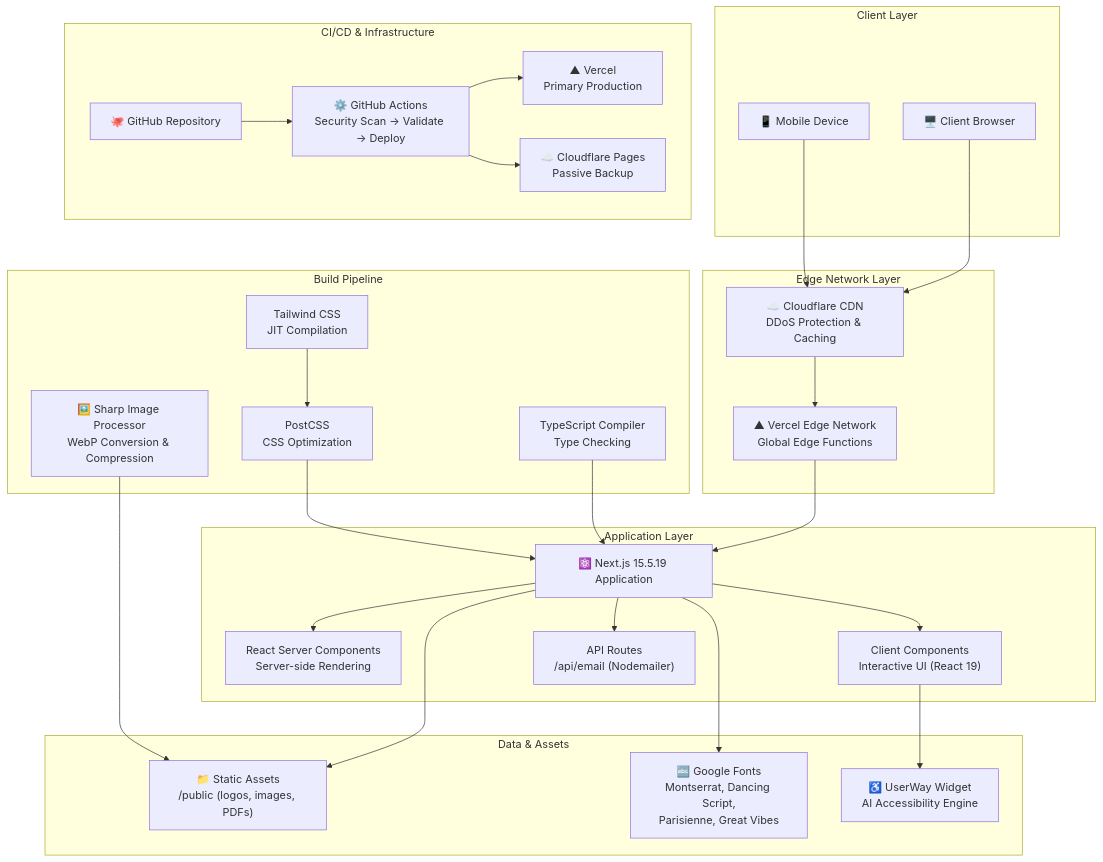
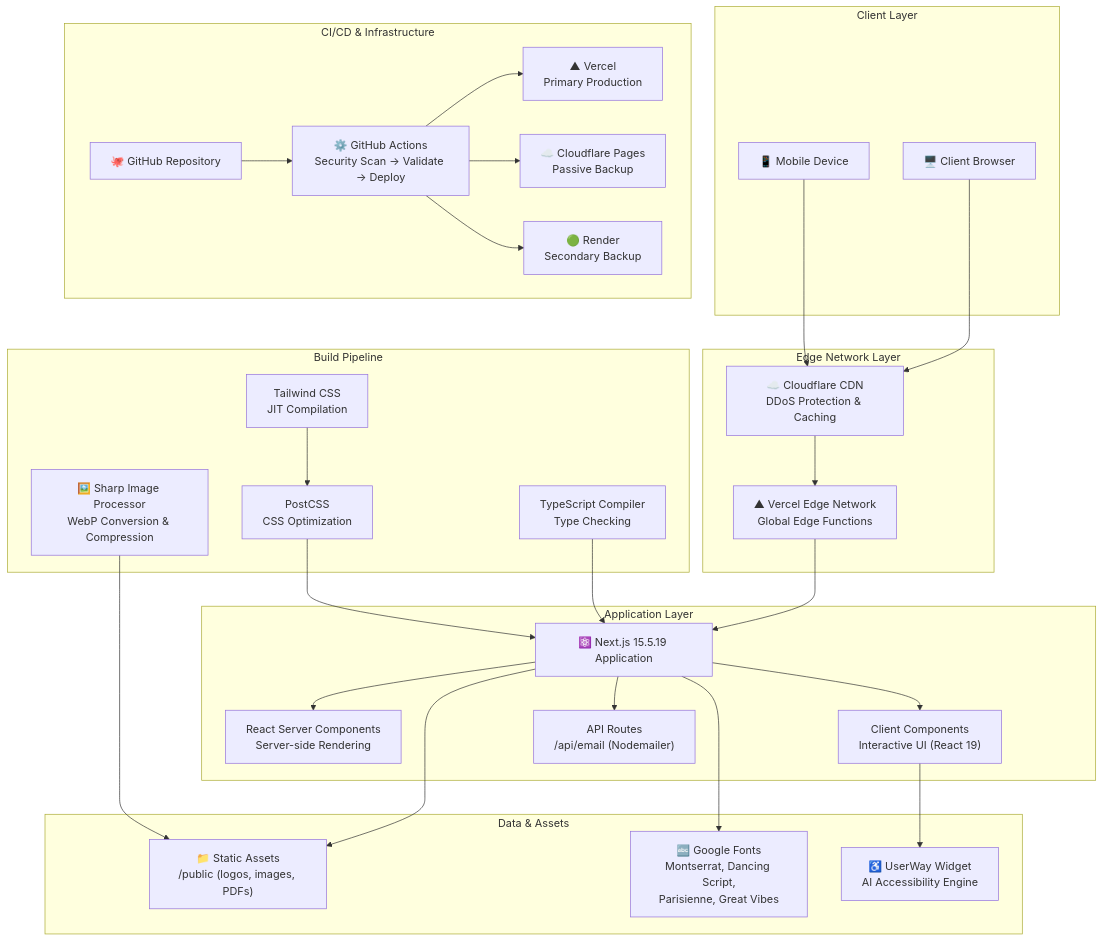
Before and after one commit to johnnietse/2025-fyic: the first of 7 diagrams in README.md, drawn with Mermaid. The commit also changed other lines of this file and 1 other file, not shown here.

Commit message:
feat: add Render.com as secondary backup deployment target in CI/CD pipeline

````diff
--- a/README.md
+++ b/README.md
@@ -107,58 +108,60 @@
 ```mermaid
 graph TB
     subgraph "Client Layer"
         Browser["🖥️ Client Browser"]
         Mobile["📱 Mobile Device"]
     end
 
     subgraph "Edge Network Layer"
         CDN["☁️ Cloudflare CDN<br/>DDoS Protection & Caching"]
         VercelEdge["▲ Vercel Edge Network<br/>Global Edge Functions"]
     end
 
     subgraph "Application Layer"
         NextApp["⚛️ Next.js 15.5.19 Application"]
         RSC["React Server Components<br/>Server-side Rendering"]
         CSR["Client Components<br/>Interactive UI (React 19)"]
         API["API Routes<br/>/api/email (Nodemailer)"]
     end
 
     subgraph "Build Pipeline"
         Sharp["🖼️ Sharp Image Processor<br/>WebP Conversion & Compression"]
         TSC["TypeScript Compiler<br/>Type Checking"]
         TW["Tailwind CSS<br/>JIT Compilation"]
         PostCSS["PostCSS<br/>CSS Optimization"]
     end
 
     subgraph "Data & Assets"
         StaticAssets["📁 Static Assets<br/>/public (logos, images, PDFs)"]
         GoogleFonts["🔤 Google Fonts<br/>Montserrat, Dancing Script,<br/>Parisienne, Great Vibes"]
         UserWay["♿ UserWay Widget<br/>AI Accessibility Engine"]
     end
 
     subgraph "CI/CD & Infrastructure"
         GitHub["🐙 GitHub Repository"]
         Actions["⚙️ GitHub Actions<br/>Security Scan → Validate → Deploy"]
         Vercel["▲ Vercel<br/>Primary Production"]
         Cloudflare["☁️ Cloudflare Pages<br/>Passive Backup"]
+        Render["🟢 Render<br/>Secondary Backup"]
     end
 
     Browser --> CDN
     Mobile --> CDN
     CDN --> VercelEdge
     VercelEdge --> NextApp
     NextApp --> RSC
     NextApp --> CSR
     NextApp --> API
     NextApp --> StaticAssets
     NextApp --> GoogleFonts
     CSR --> UserWay
 
     Sharp --> StaticAssets
     TSC --> NextApp
     TW --> PostCSS --> NextApp
 
     GitHub --> Actions
     Actions --> Vercel
     Actions --> Cloudflare
+    Actions --> Render
 ```
````
